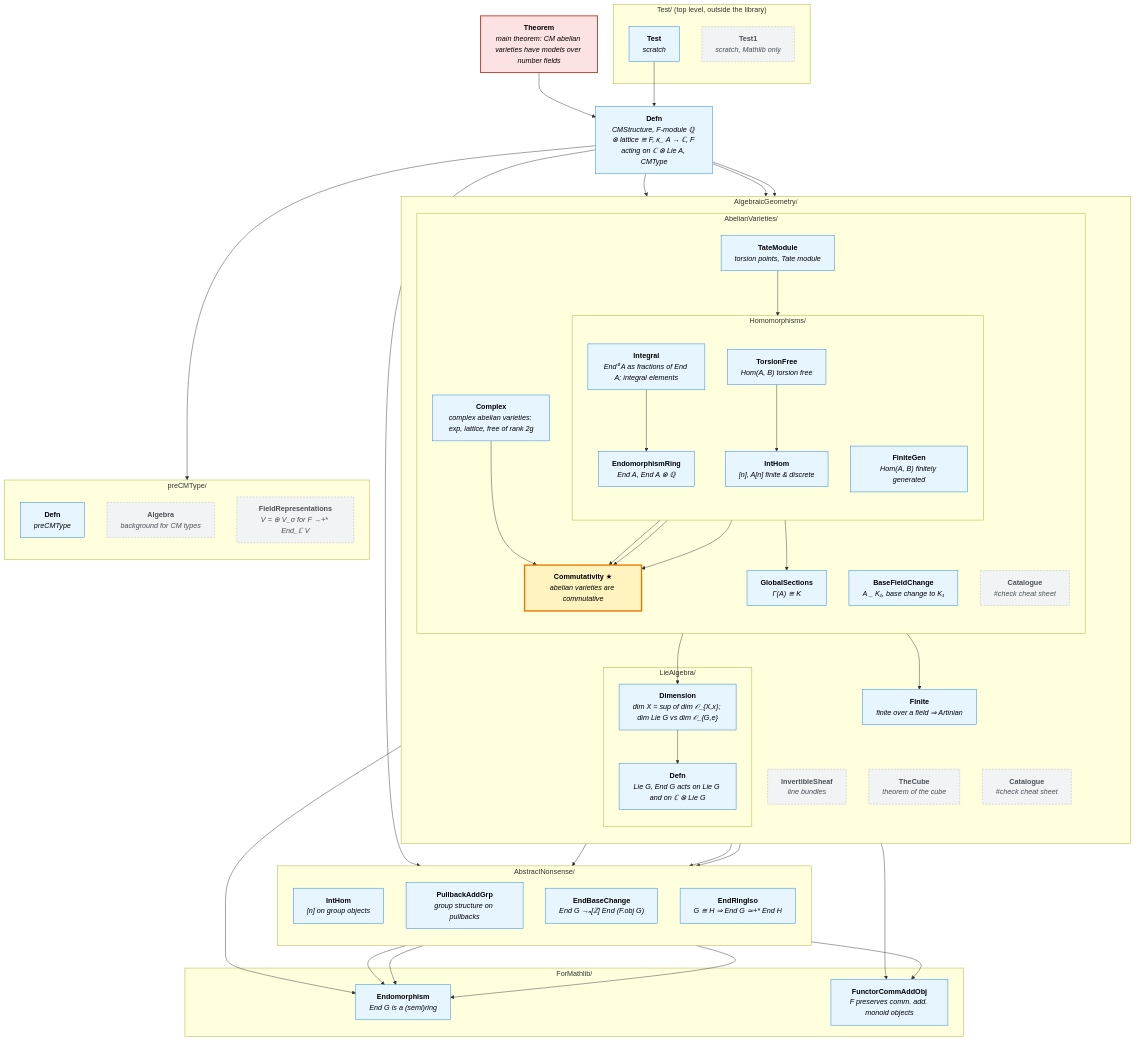
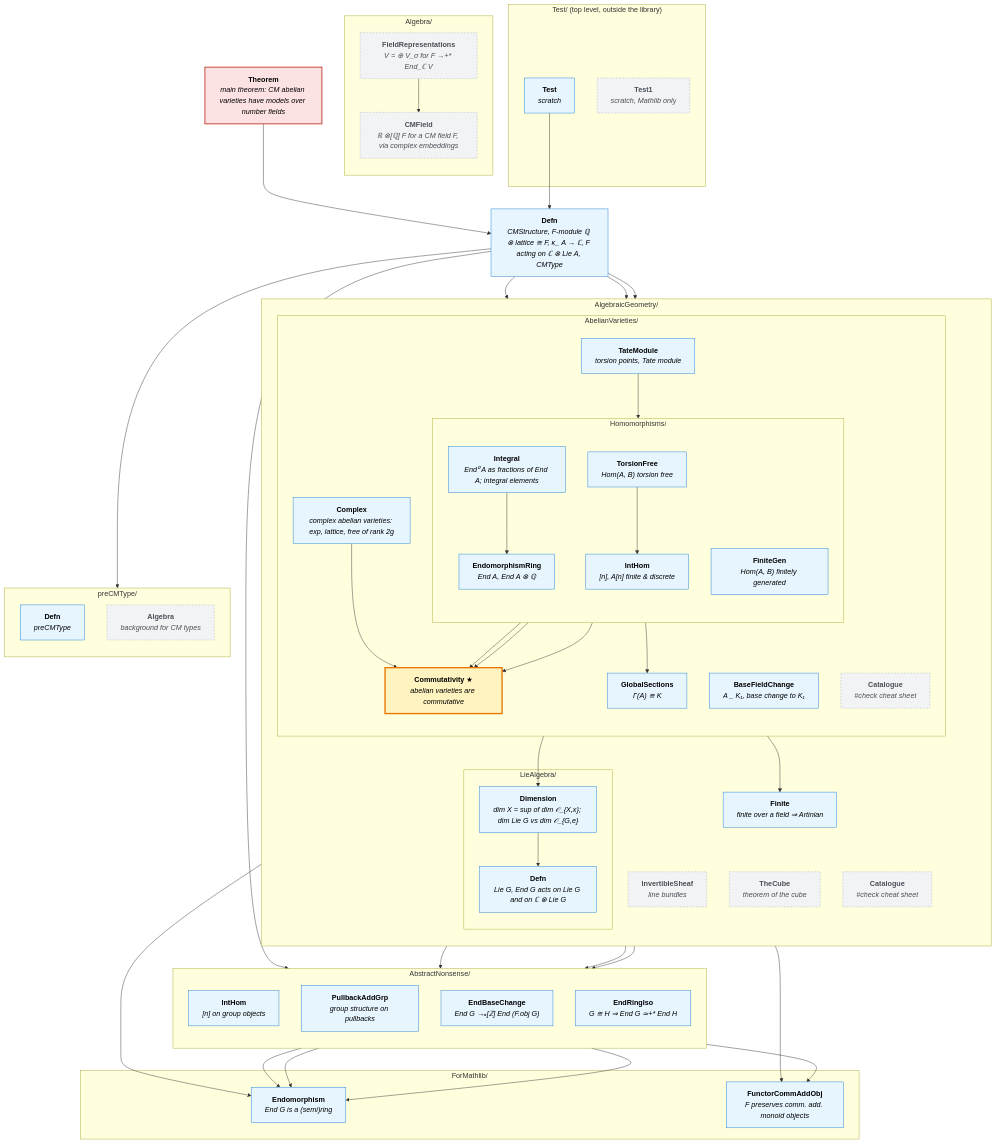
One commit to abhijitaj1997/CMAbelianVarieties changed the diagram in MindMap.md. Above: the diagram before and after it, drawn with Mermaid. The commit also changed 3 other files, not shown here.

````diff
--- a/MindMap.md
+++ b/MindMap.md
@@ -62,6 +62,12 @@
     direction TB
     CMDefn["<b>Defn</b><br/><i>preCMType</i>"]
     CMAlgebra["<b>Algebra</b><br/><i>background for CM types</i>"]
+  end
+
+  %% ---------- Algebra ----------
+  subgraph ALG["Algebra/"]
+    direction TB
+    CMField["<b>CMField</b><br/><i>ℝ ⊗[ℚ] F for a CM field F, via complex embeddings</i>"]
     FieldRepresentations["<b>FieldRepresentations</b><br/><i>V = ⊕ V_σ for F →+* End_ℂ V</i>"]
   end
 
@@ -98,6 +104,7 @@
   IntHomAN --> Endomorphism
   LieAlgebra --> Endomorphism
   Dimension --> LieAlgebra
+  FieldRepresentations --> CMField
   Test --> Defn
 
   %% ---------- colours ----------
@@ -109,5 +116,5 @@
   class Theorem goal
   class Commutativity hub
   class EndomorphismRing,FiniteGen,IntHomAV,Complex,TorsionFree,TateModule,GlobalSections,IntHomAN,PullbackAddGrp,Finite,Endomorphism,LieAlgebra,CMDefn,Test,BaseFieldChange,EndBaseChange,FunctorCommAddObj,Defn,EndRingIso,Dimension,Integral connected
-  class AVCatalogue,InvertibleSheaf,TheCube,AGCatalogue,CMAlgebra,FieldRepresentations,Test1 unused
+  class AVCatalogue,InvertibleSheaf,TheCube,AGCatalogue,CMAlgebra,CMField,FieldRepresentations,Test1 unused
 ```
````
